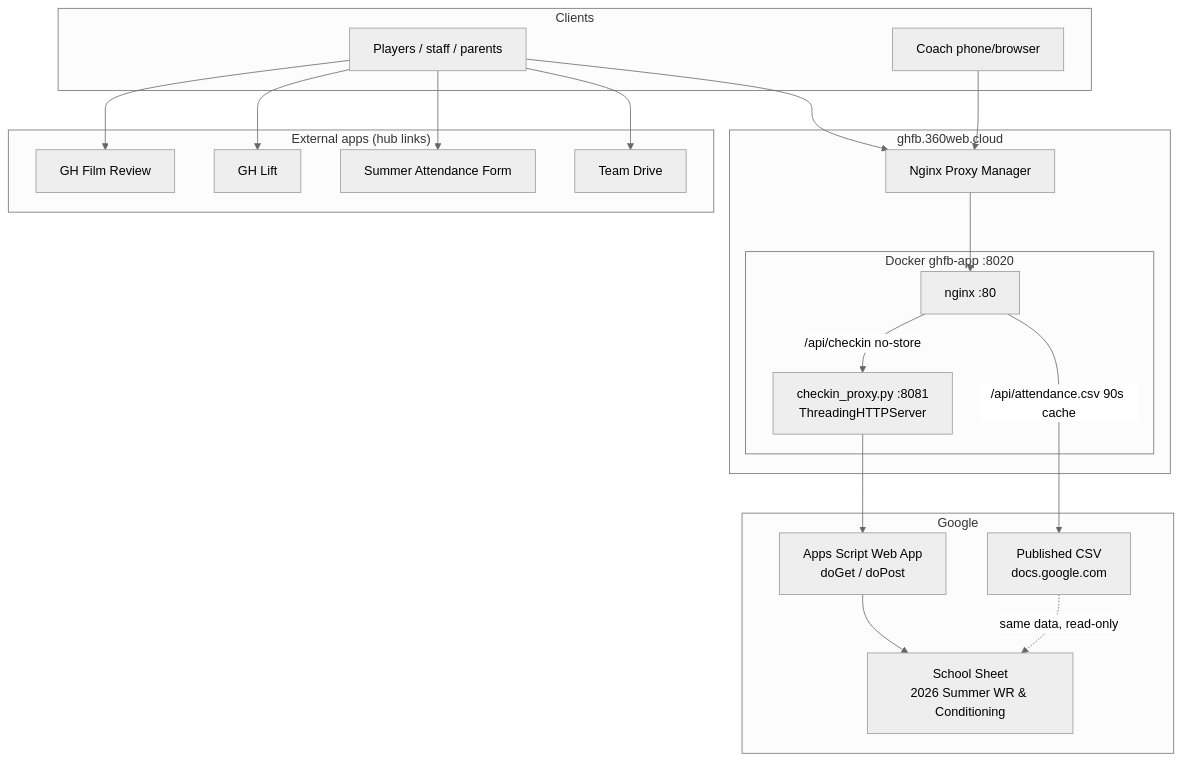
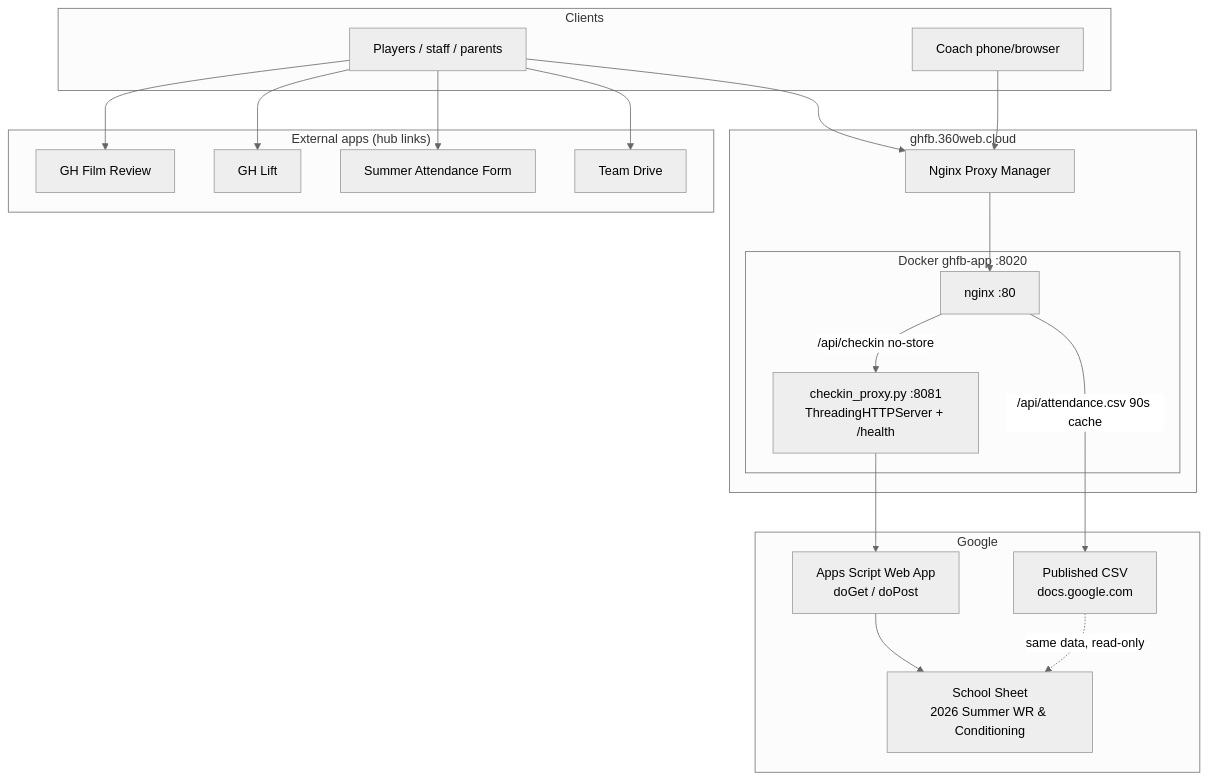
The first of 2 diagrams in docs/architecture.md (mitchelldawkinsjr/ghfb), drawn with Mermaid (neutral theme) before and after one commit. The commit also changed 3 other files, not shown here.

````diff
--- a/docs/architecture.md
+++ b/docs/architecture.md
@@ -7,42 +7,42 @@
 ```mermaid
 flowchart TB
   subgraph clients["Clients"]
     Coach["Coach phone/browser"]
     Fan["Players / staff / parents"]
   end
 
   subgraph edge["ghfb.360web.cloud"]
     NPM["Nginx Proxy Manager"]
     subgraph container["Docker ghfb-app :8020"]
       NGX["nginx :80"]
-      PY["checkin_proxy.py :8081<br/>ThreadingHTTPServer"]
+      PY["checkin_proxy.py :8081<br/>ThreadingHTTPServer + /health"]
     end
   end
 
   subgraph google["Google"]
     CSVpub["Published CSV<br/>docs.google.com"]
     Sheet["School Sheet<br/>2026 Summer WR & Conditioning"]
     GAS["Apps Script Web App<br/>doGet / doPost"]
   end
 
   subgraph external["External apps (hub links)"]
     Film["GH Film Review"]
     Lift["GH Lift"]
     Form["Summer Attendance Form"]
     Drive["Team Drive"]
   end
 
   Fan --> NPM
   Coach --> NPM
   NPM --> NGX
   NGX -->|"/api/attendance.csv" 90s cache| CSVpub
   NGX -->|"/api/checkin" no-store| PY
   PY --> GAS
   GAS --> Sheet
   CSVpub -.->|same data, read-only| Sheet
 
   Fan --> Film
   Fan --> Lift
   Fan --> Form
   Fan --> Drive
 ```
````
